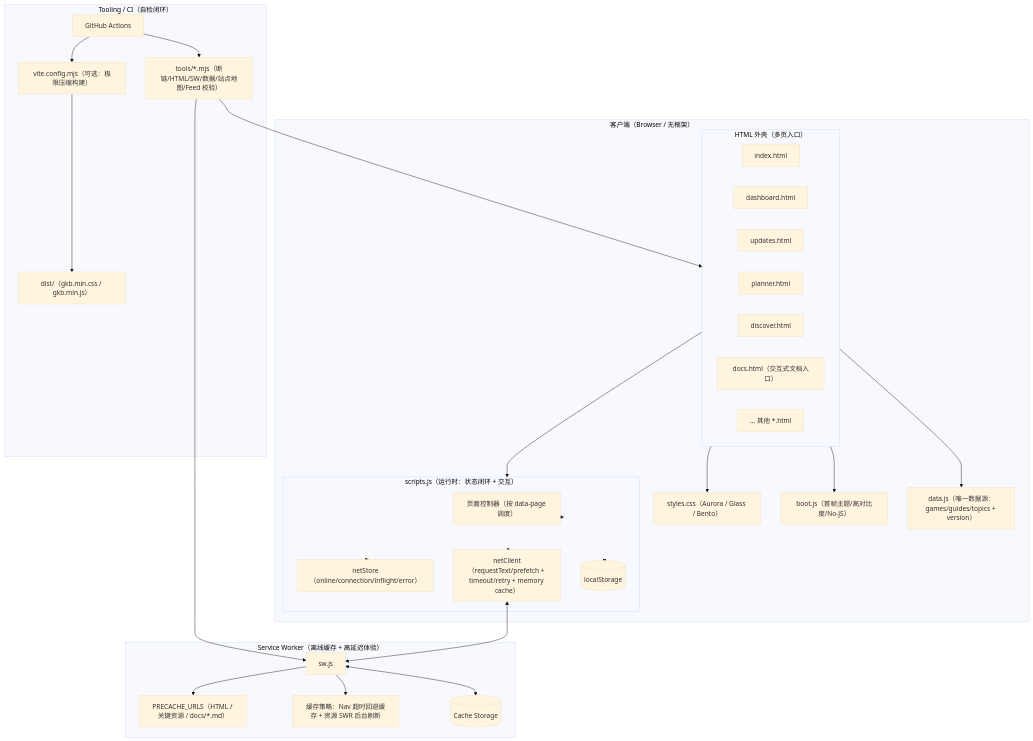
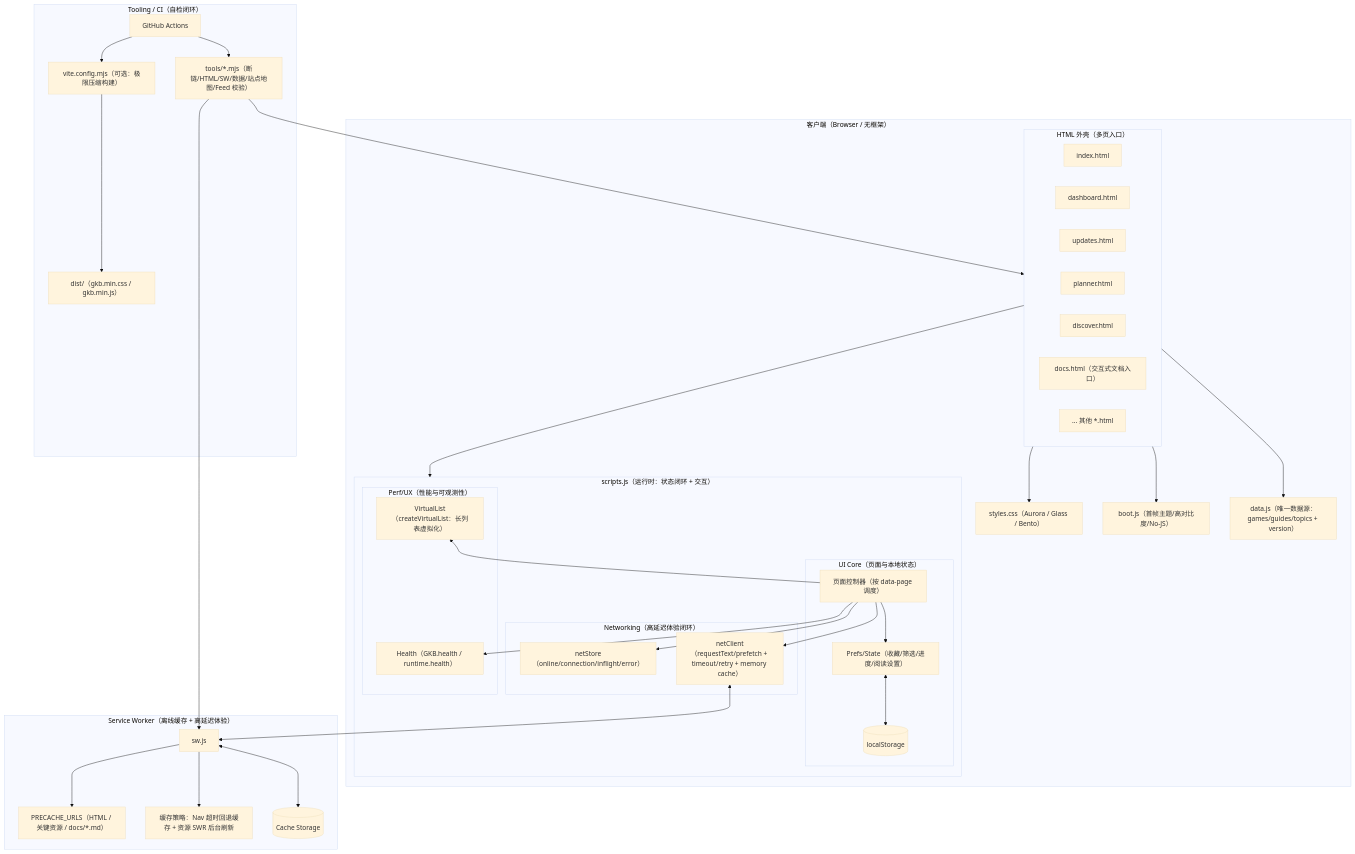
One commit to TUR1412/GameKnowledge-Base changed the diagram in README.md. Above: the diagram before and after it, drawn with Mermaid (base theme). The commit also changed 30 other files, not shown here.

````diff
--- a/README.md
+++ b/README.md
@@ -83,60 +83,74 @@
 ```mermaid
 flowchart TB
   subgraph Client[客户端（Browser / 无框架）]
     subgraph Shell[HTML 外壳（多页入口）]
       Home[index.html]
       Dashboard[dashboard.html]
       Updates[updates.html]
       Planner[planner.html]
       Discover[discover.html]
       DocsPortal[docs.html（交互式文档入口）]
       Others[... 其他 *.html]
     end
 
     Styles[styles.css（Aurora / Glass / Bento）]
     Boot[boot.js（首帧主题/高对比度/No-JS）]
     Data[data.js（唯一数据源：games/guides/topics + version）]
 
     subgraph Runtime[scripts.js（运行时：状态闭环 + 交互）]
-      UI[页面控制器（按 data-page 调度）]
-      Store[netStore（online/connection/inflight/error）]
-      Net[netClient（requestText/prefetch + timeout/retry + memory cache）]
-      Storage[(localStorage)]
+      subgraph Core[UI Core（页面与本地状态）]
+        UI[页面控制器（按 data-page 调度）]
+        Prefs[Prefs/State（收藏/筛选/进度/阅读设置）]
+        Storage[(localStorage)]
+      end
+
+      subgraph NetLayer[Networking（高延迟体验闭环）]
+        Store[netStore（online/connection/inflight/error）]
+        Net[netClient（requestText/prefetch + timeout/retry + memory cache）]
+      end
+
+      subgraph Perf[Perf/UX（性能与可观测性）]
+        VList[VirtualList（createVirtualList：长列表虚拟化）]
+        Health[Health（GKB.health / runtime.health）]
+      end
     end
   end
 
   subgraph SWLayer[Service Worker（离线缓存 + 高延迟体验）]
     SW[sw.js]
     Precache[PRECACHE_URLS（HTML / 关键资源 / docs/*.md）]
     RuntimeCache[缓存策略：Nav 超时回退缓存 + 资源 SWR 后台刷新]
     Cache[(Cache Storage)]
   end
 
   subgraph Tooling[Tooling / CI（自检闭环）]
     CI[GitHub Actions]
     Tools[tools/*.mjs（断链/HTML/SW/数据/站点地图/Feed 校验）]
     Vite[vite.config.mjs（可选：极限压缩构建）]
     Dist[dist/（gkb.min.css / gkb.min.js）]
   end
 
   Shell --> Styles
   Shell --> Boot
   Shell --> Data
   Shell --> Runtime
 
   Runtime --> UI
-  Runtime --> Store
-  Runtime --> Net
-  Runtime <--> Storage
+  UI --> Prefs
+  Prefs <--> Storage
+  UI --> VList
+  UI --> Health
+  UI --> Store
+  UI --> Net
 
   Net <--> SW
   SW --> Precache
   SW --> RuntimeCache
   SW <--> Cache
 
   CI --> Tools
   CI --> Vite
   Tools --> Shell
   Tools --> SW
   Vite --> Dist
 ```
````
